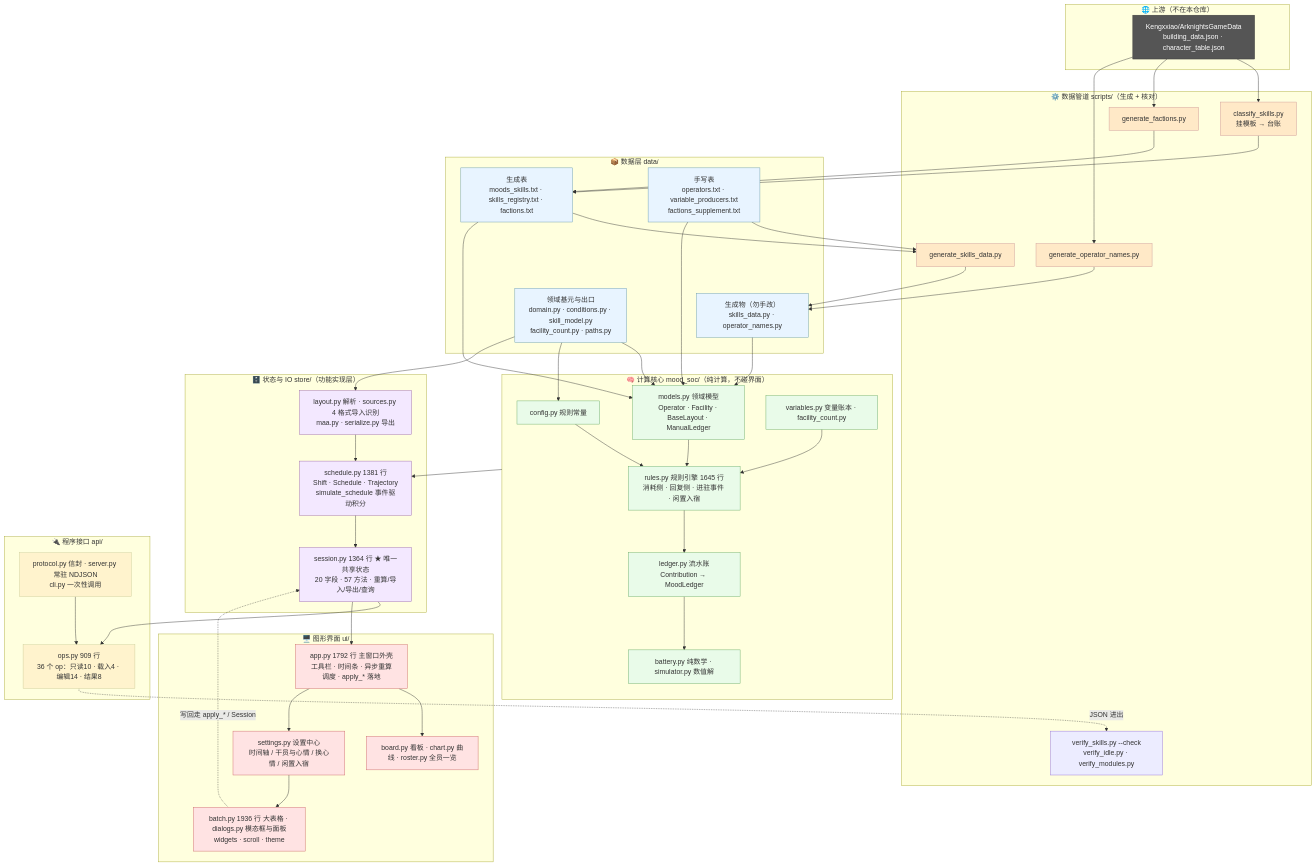
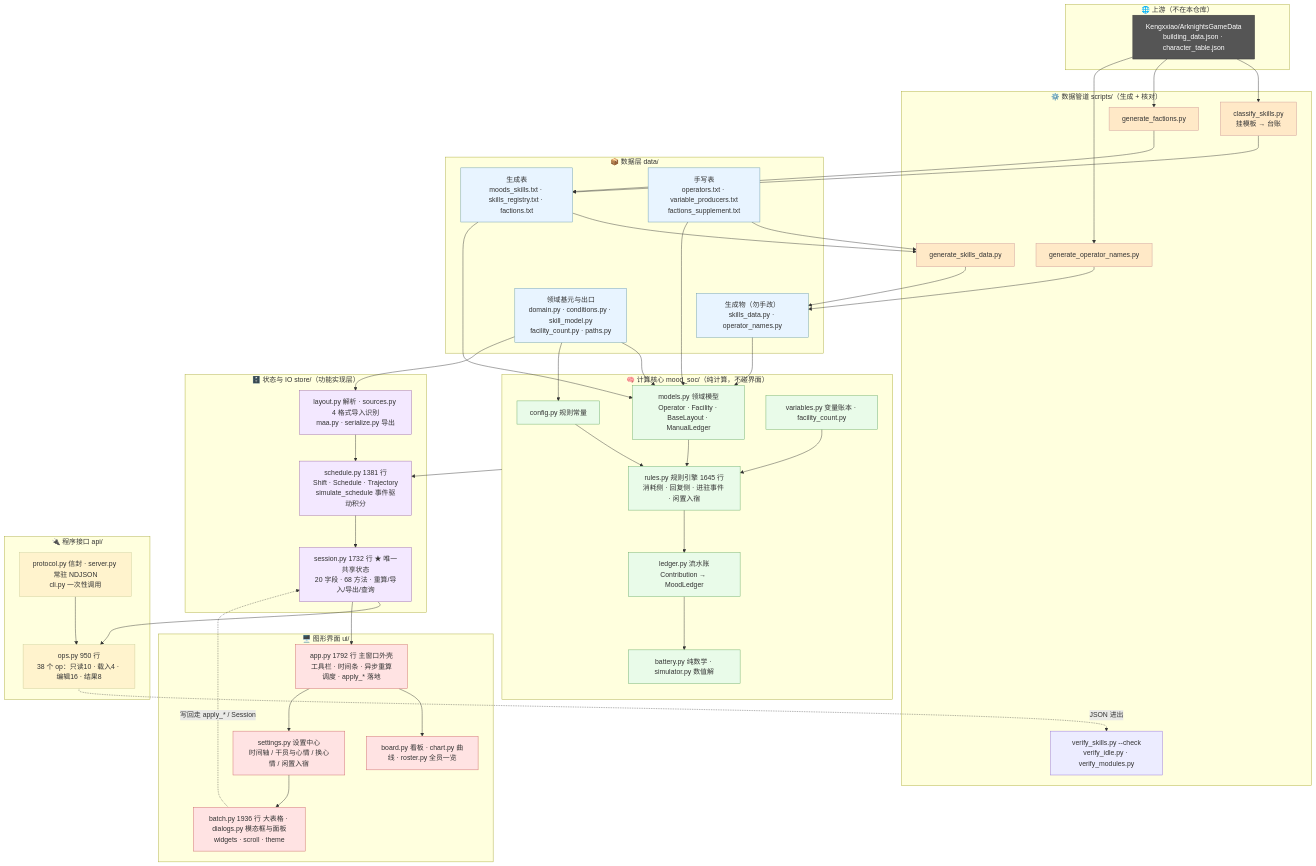
Before and after one commit to ziyanQAQ/Rhodes-MoodSOC: the first of 4 diagrams in documents/15-架构图.md, drawn with Mermaid. The commit also changed other lines of this file and 3 other files, not shown here.

```diff
--- a/documents/15-架构图.md
+++ b/documents/15-架构图.md
@@ -57,12 +57,12 @@
     subgraph L4["🗄️ 状态与 IO store/（功能实现层）"]
         S1["layout.py 解析 · sources.py 4 格式导入识别<br/>maa.py · serialize.py 导出"]
         S2["schedule.py 1381 行<br/>Shift · Schedule · Trajectory<br/>simulate_schedule 事件驱动积分"]
-        S3["session.py 1364 行 ★ 唯一共享状态<br/>20 字段 · 57 方法 · 重算/导入/导出/查询"]
+        S3["session.py 1732 行 ★ 唯一共享状态<br/>20 字段 · 68 方法 · 重算/导入/导出/查询"]
     end
 
     subgraph L5["🔌 程序接口 api/"]
         A1["protocol.py 信封 · server.py 常驻 NDJSON<br/>cli.py 一次性调用"]
-        A2["ops.py 909 行<br/>36 个 op：只读10 · 载入4 · 编辑14 · 结果8"]
+        A2["ops.py 950 行<br/>38 个 op：只读10 · 载入4 · 编辑16 · 结果8"]
     end
 
     subgraph L6["🖥️ 图形界面 ui/"]
```
